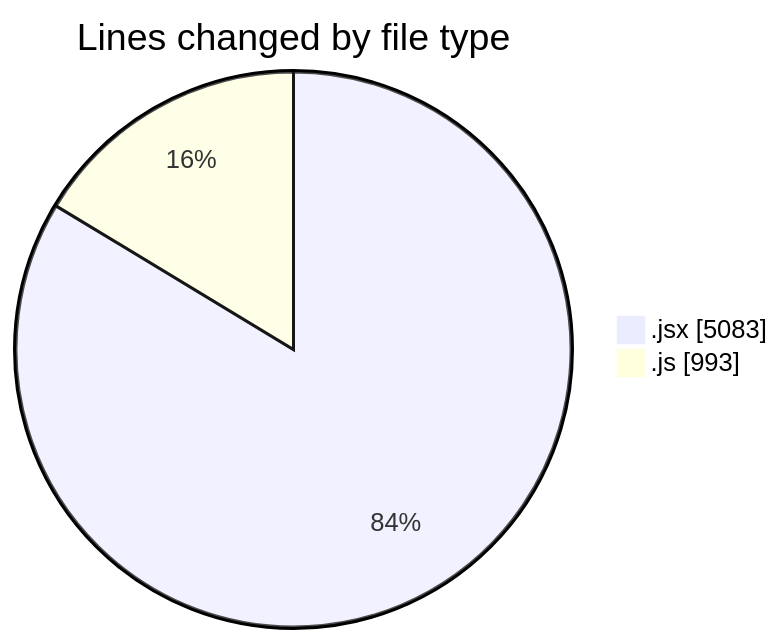
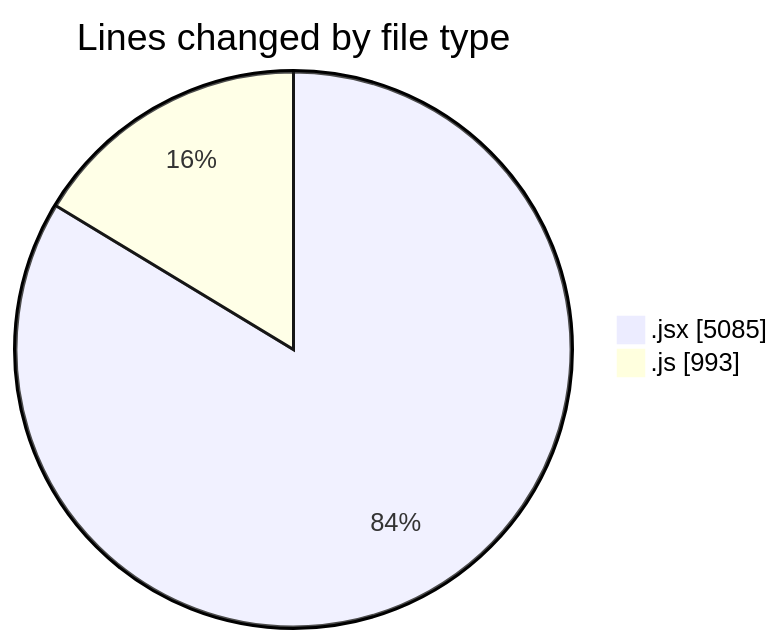
One commit to nxtqubesakshisongat/code-tracking changed the first of 2 diagrams in 2025-07-21/nxtqube_webapp/README.md. Above: the diagram before and after it, drawn with Mermaid. The commit also changed other lines of this file and 1 other file, not shown here.

````diff
--- a/2025-07-21/nxtqube_webapp/README.md
+++ b/2025-07-21/nxtqube_webapp/README.md
@@ -28,6 +28,6 @@
 ```mermaid
 pie showData
 title Lines changed by file type
-".jsx" : 5083
+".jsx" : 5085
 ".js" : 993
 ```
````
